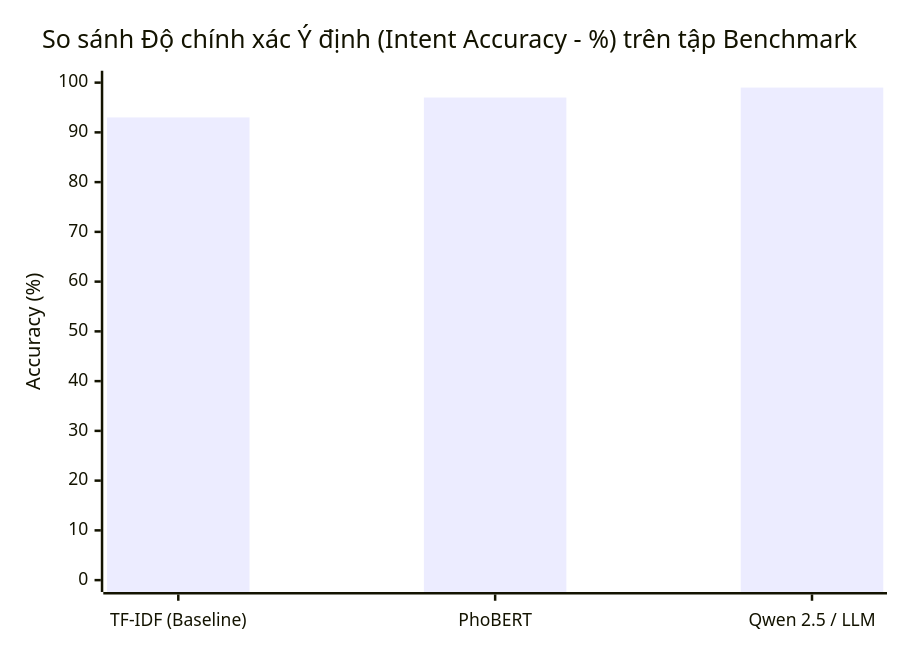
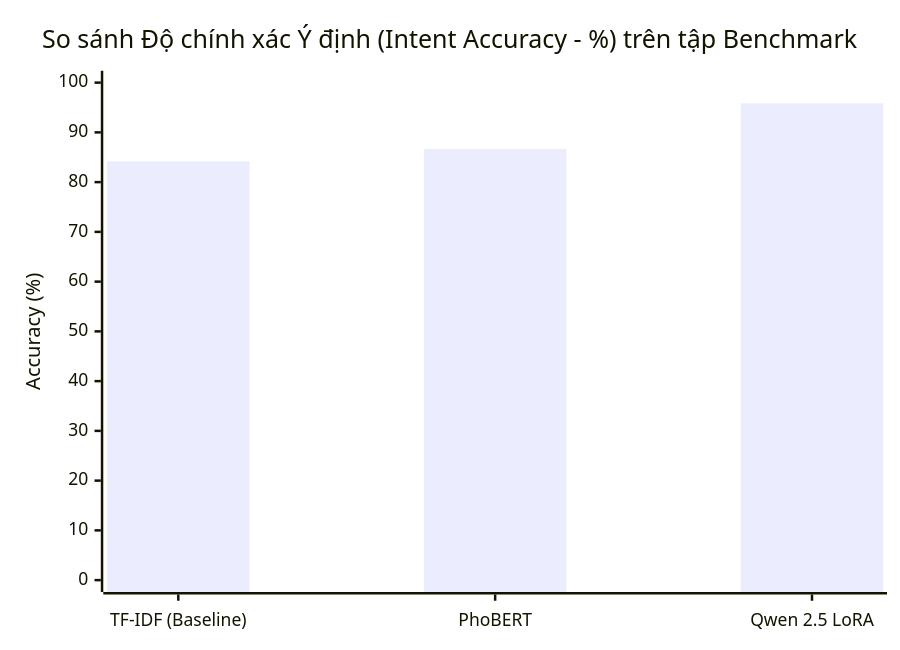
One commit to maikhang160504/spending-diary changed diagram 11 of 12 in Luan_van_Hoan_chinh.md. Above: the diagram before and after it, drawn with Mermaid. The commit also changed other lines of this file and 103 other files, not shown here.

````diff
--- a/Luan_van_Hoan_chinh.md
+++ b/Luan_van_Hoan_chinh.md
@@ -1482,7 +812,7 @@
 ```mermaid
 xychart-beta
     title "So sánh Độ chính xác Ý định (Intent Accuracy - %) trên tập Benchmark"
-    x-axis ["TF-IDF (Baseline)", "PhoBERT", "Qwen 2.5 / LLM"]
+    x-axis ["TF-IDF (Baseline)", "PhoBERT", "Qwen 2.5 LoRA"]
     y-axis "Accuracy (%)" 0 --> 100
-    bar [93.0, 97.0, 99.0]
+    bar [84.17, 86.67, 95.83]
 ```
````
